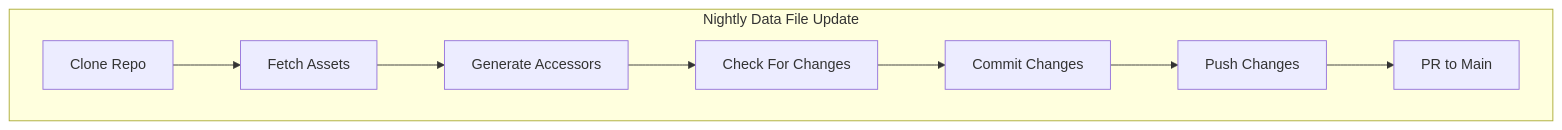
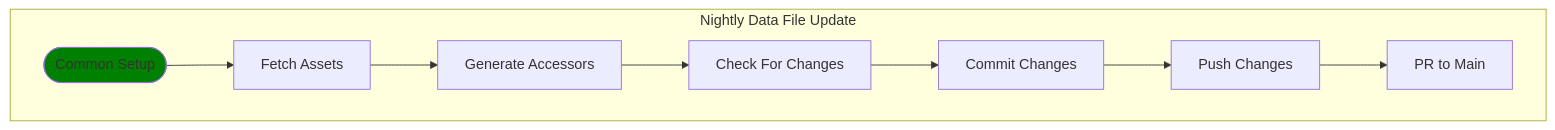
One commit to postindustria-tech/common-ci changed the sixth of 6 diagrams in README.md. Above: the diagram before and after it, drawn with Mermaid. The commit also changed other lines of this file, not shown here.

Commit message:
DOC: Simplified flowcharts a little

````diff
--- a/README.md
+++ b/README.md
@@ -191,14 +194,15 @@
 ``` mermaid
 graph LR
+classDef green fill:green;
   subgraph "Nightly Data File Update"
     direction LR
-    A[Clone Repo]
+    A([Common Setup]):::green
     B[Fetch Assets]
     C[Generate Accessors]
     D[Check For Changes]
     E[Commit Changes]
     F[Push Changes]
     G[PR to Main]
     A-->B-->C-->D-->E-->F-->G
   end
 ```
````
